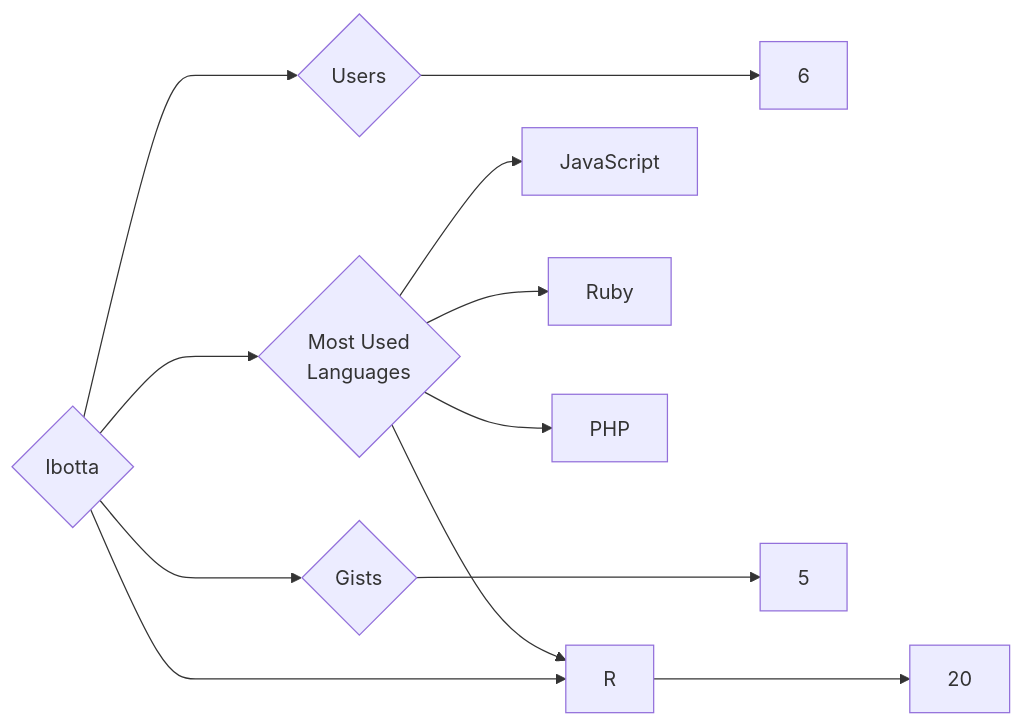
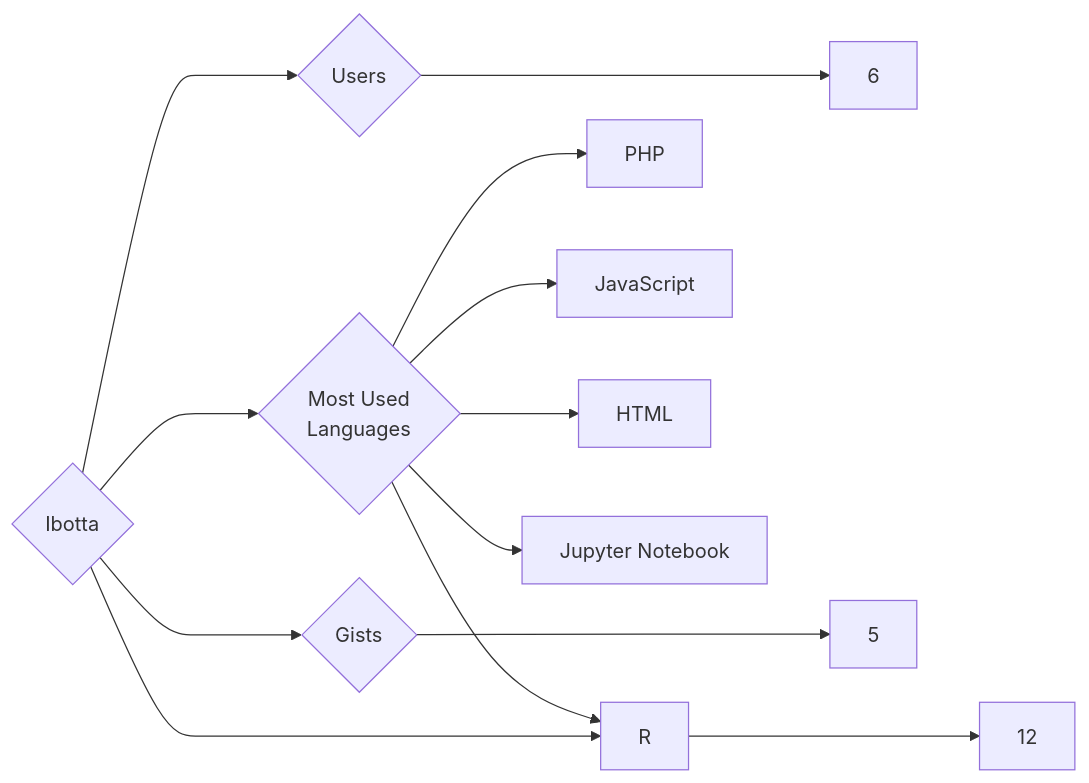
The diagram in targets/Ibotta/README.md (trickest/insiders), drawn with Mermaid before and after one commit. The commit also changed 1078 other files, not shown here.

````diff
--- a/targets/Ibotta/README.md
+++ b/targets/Ibotta/README.md
@@ -3,12 +3,13 @@
 ```mermaid
 graph LR
 COMPANY_NAME{Ibotta}
 COMPANY_NAME ---> U{Users} ---> UN[6]
-COMPANY_NAME ---> R{Repositories} ---> RN[20]
+COMPANY_NAME ---> R{Repositories} ---> RN[12]
 COMPANY_NAME ---> G{Gists} ---> GN[5]
 COMPANY_NAME ---> ML{Most Used<br>Languages}
+ML --> PHP[PHP]
 ML --> JavaScript[JavaScript]
-ML --> Ruby[Ruby]
+ML --> HTML[HTML]
 ML --> R[R]
-ML --> PHP[PHP]
+ML --> Jupyter_Notebook[Jupyter Notebook]
 ```
````
